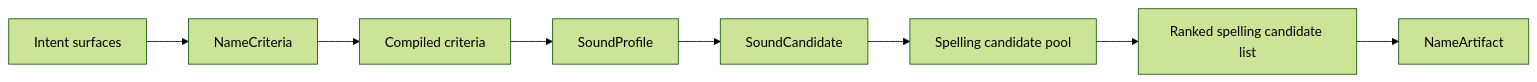
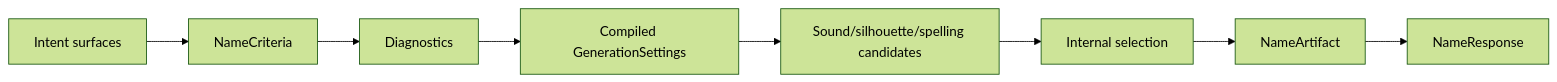
The diagram in docs/architecture.md (jaahay/name-forge), drawn with Mermaid (forest theme) before and after one commit. The commit also changed other lines of this file and 3 other files, not shown here.

````diff
--- a/docs/architecture.md
+++ b/docs/architecture.md
@@ -105,10 +104,10 @@
 ```mermaid
 flowchart LR
   A[Intent surfaces] --> B[NameCriteria]
-  B --> C[Compiled criteria]
-  C --> D[SoundProfile]
-  D --> E[SoundCandidate]
-  E --> F[Spelling candidate pool]
-  F --> G[Ranked spelling candidate list]
-  G --> H[NameArtifact]
+  B --> C[Diagnostics]
+  C --> D[Compiled GenerationSettings]
+  D --> E[Sound/silhouette/spelling candidates]
+  E --> F[Internal selection]
+  F --> G[NameArtifact]
+  G --> H[NameResponse]
 ```
````
